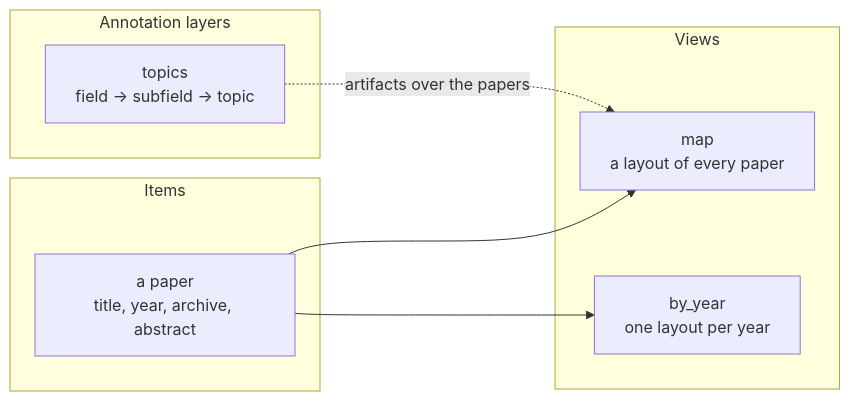
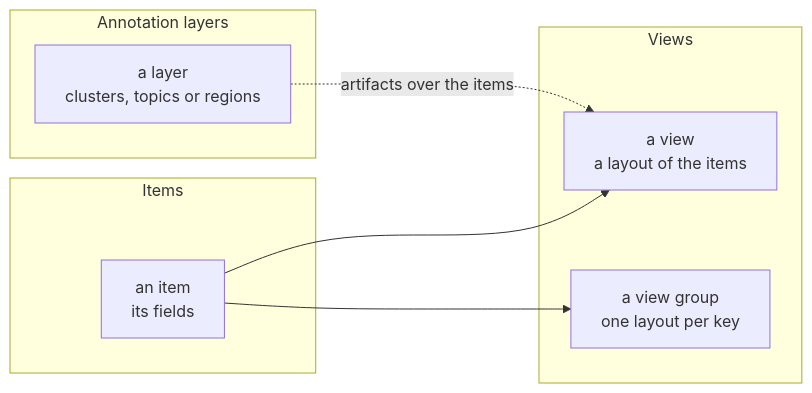
Before and after one commit to mosaicadb/mosaica: the diagram in docs/system/data-model.md, drawn with Mermaid. The commit also changed other lines of this file and 3 other files, not shown here.

````diff
--- a/docs/system/data-model.md
+++ b/docs/system/data-model.md
@@ -5,16 +5,16 @@
 ```mermaid
 flowchart LR
   subgraph items["Items"]
-    p["a paper<br/>title, year, archive, abstract"]
+    p["an item<br/>its fields"]
   end
   subgraph views["Views"]
-    m["map<br/>a layout of every paper"]
-    y["by_year<br/>one layout per year"]
+    m["a view<br/>a layout of the items"]
+    y["a view group<br/>one layout per key"]
   end
   subgraph layers["Annotation layers"]
-    t["topics<br/>field → subfield → topic"]
+    t["a layer<br/>clusters, topics or regions"]
   end
   p --> m
   p --> y
-  t -. "artifacts over the papers" .-> m
+  t -. "artifacts over the items" .-> m
 ```
````
